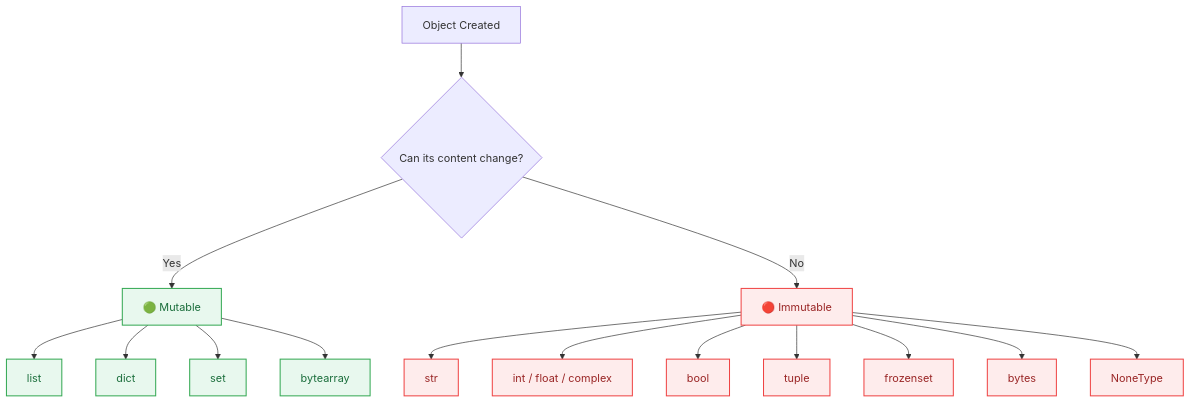
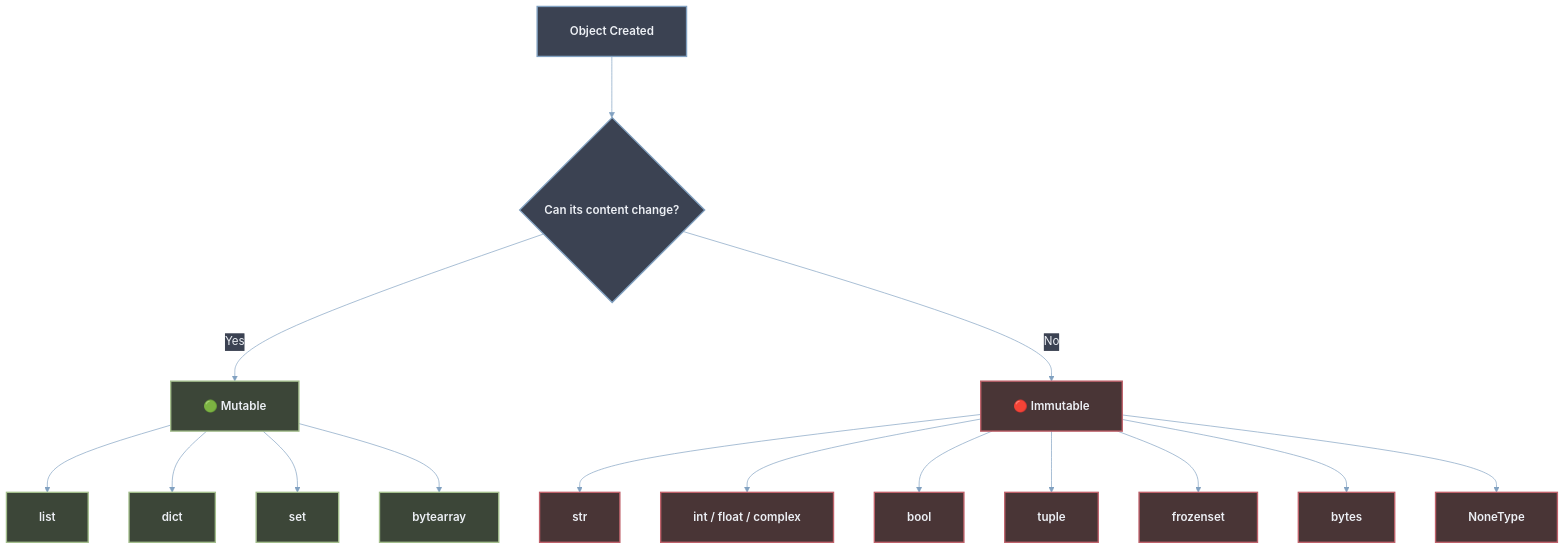
One commit to maliksiddiq/learning-agentic-ai changed the eighth of 9 diagrams in 01_ Python_For_ Agentic_ Ai/01 Data types/Readme.md. Above: the diagram before and after it, drawn with Mermaid. The commit also changed other lines of this file, not shown here.

````diff
--- a/01_ Python_For_ Agentic_ Ai/01 Data types/Readme.md
+++ b/01_ Python_For_ Agentic_ Ai/01 Data types/Readme.md
@@ -605,24 +612,27 @@
 ```mermaid
+%%{init: {'theme': 'base', 'themeVariables': {'background': '#2E3440', 'primaryColor': '#3B4252', 'primaryTextColor': '#ECEFF4', 'primaryBorderColor': '#81A1C1', 'lineColor': '#81A1C1', 'edgeLabelBackground': '#3B4252', 'fontSize': '17px', 'fontFamily': 'Segoe UI, Arial, sans-serif'}, 'flowchart': {'useMaxWidth': true, 'htmlLabels': true, 'nodeSpacing': 60, 'rankSpacing': 90, 'curve': 'basis', 'padding': 24}} }%%
 flowchart TD
     A["Object Created"] --> B{"Can its content change?"}
     B -->|Yes| M["🟢 Mutable"]
     B -->|No| I["🔴 Immutable"]
 
     M --> M1["list"]
     M --> M2["dict"]
     M --> M3["set"]
     M --> M4["bytearray"]
 
     I --> I1["str"]
     I --> I2["int / float / complex"]
     I --> I3["bool"]
     I --> I4["tuple"]
     I --> I5["frozenset"]
     I --> I6["bytes"]
     I --> I7["NoneType"]
 
-    classDef mut fill:#E8F8EE,color:#1B6E3C,stroke:#34A853,stroke-width:1.5px
-    classDef imm fill:#FEECEC,color:#9A2626,stroke:#EF4444,stroke-width:1.5px
+    classDef decision fill:#3B4252,color:#ECEFF4,stroke:#81A1C1,stroke-width:2px,font-weight:600
+    classDef mut fill:#3C4638,color:#ECEFF4,stroke:#A3BE8C,stroke-width:2px,font-weight:600
+    classDef imm fill:#493536,color:#ECEFF4,stroke:#BF616A,stroke-width:2px,font-weight:600
+    class A,B decision
     class M,M1,M2,M3,M4 mut
     class I,I1,I2,I3,I4,I5,I6,I7 imm
 ```
````
